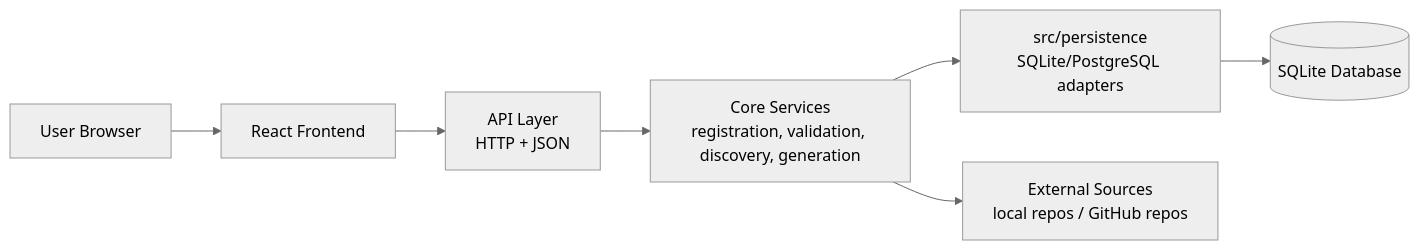
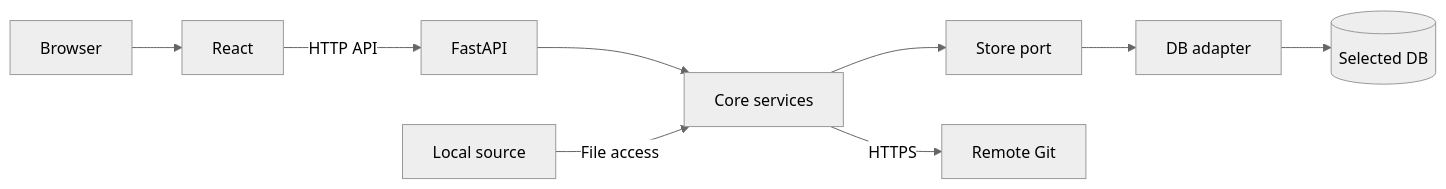
One commit to ssciwr/biocypher-components-registry changed the first of 5 diagrams in sdlc_docs/b_design/frontend/frontend_architecture.md. Above: the diagram before and after it, drawn with Mermaid (neutral theme). The commit also changed other lines of this file and 19 other files, not shown here.

````diff
--- a/sdlc_docs/b_design/frontend/frontend_architecture.md
+++ b/sdlc_docs/b_design/frontend/frontend_architecture.md
@@ -40,17 +46,21 @@
 ```mermaid
 flowchart LR
-    U[User Browser]
-    R[React Frontend]
-    A[API Layer<br/>HTTP + JSON]
-    C[Core Services<br/>registration, validation, discovery, generation]
-    S[src/persistence<br/>SQLite/PostgreSQL adapters]
-    DB[(SQLite Database)]
-    EXT[External Sources<br/>local repos / GitHub repos]
+    U["Browser"]
+    R["React"]
+    A["FastAPI"]
+    C["Core services"]
+    P["Store port"]
+    S["DB adapter"]
+    DB[("Selected DB")]
+    Remote["Remote Git"]
+    Local["Local source"]
 
     U --> R
-    R --> A
+    R -->|"HTTP API"| A
     A --> C
-    C --> S
+    C --> P
+    P --> S
     S --> DB
-    C --> EXT
+    C -->|"HTTPS"| Remote
+    Local -->|"File access"| C
 ```
````
